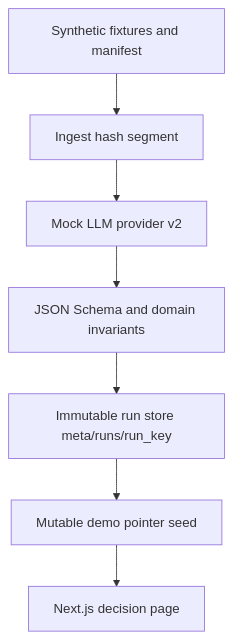
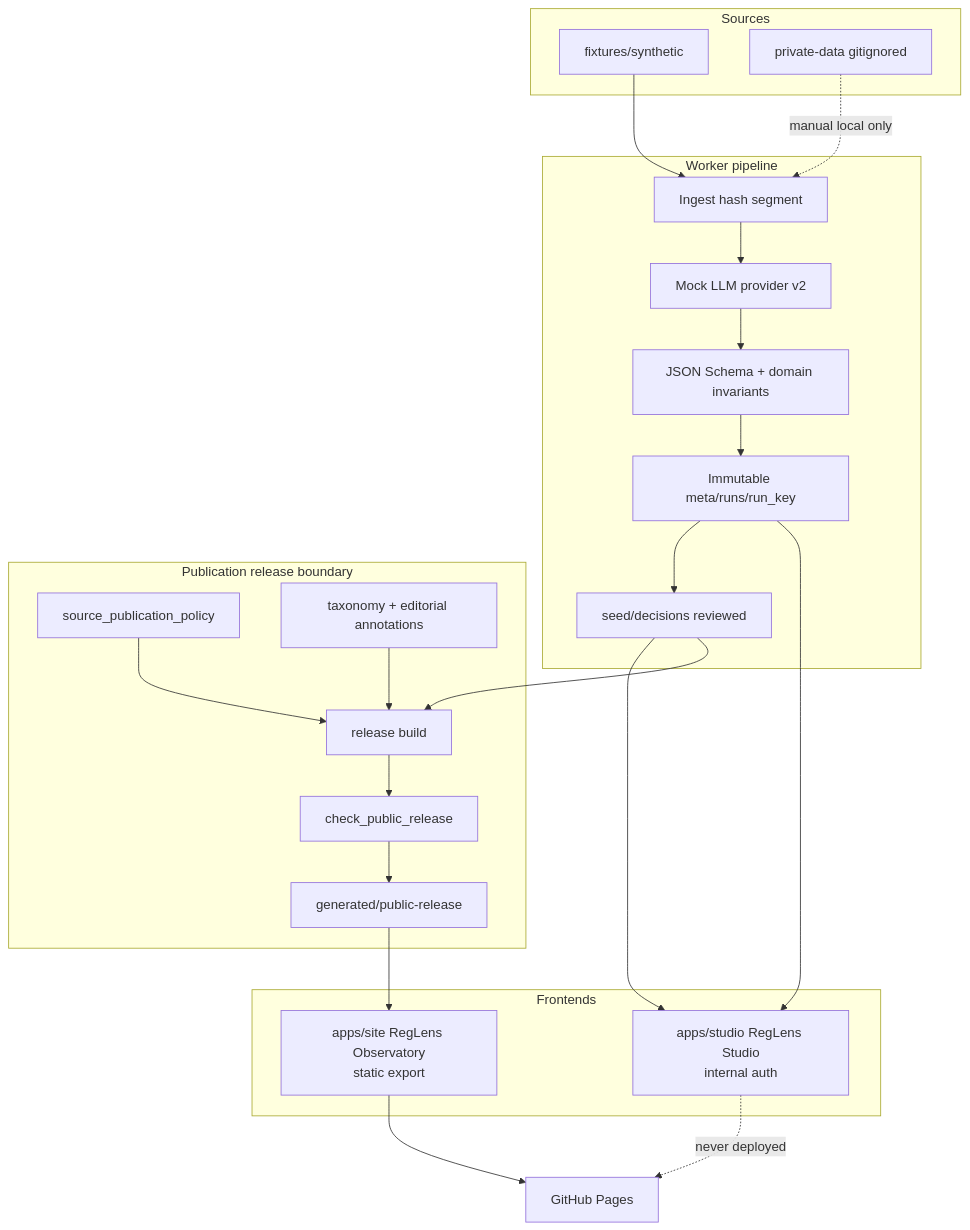
Before and after one commit to bobshenruililin/RegLens_HK: the diagram in docs/ARCHITECTURE.md, drawn with Mermaid. The commit also changed other lines of this file and 100 other files, not shown here.

First line of the commit message:
Implement MVP-RC1 RegLens Observatory

````diff
--- a/docs/ARCHITECTURE.md
+++ b/docs/ARCHITECTURE.md
@@ -3,13 +10,43 @@
 ```mermaid
 flowchart TB
-  Fixtures[Synthetic fixtures and manifest]
-  Ingest[Ingest hash segment]
-  Extract[Mock LLM provider v2]
-  Val[JSON Schema and domain invariants]
-  Runs[Immutable run store meta/runs/run_key]
-  Pointer[Mutable demo pointer seed]
-  Web[Next.js decision page]
+  subgraph sources [Sources]
+    Synth[fixtures/synthetic]
+    Private[private-data gitignored]
+  end
 
-  Fixtures --> Ingest --> Extract --> Val --> Runs
-  Runs --> Pointer --> Web
+  subgraph worker [Worker pipeline]
+    Ingest[Ingest hash segment]
+    Extract[Mock LLM provider v2]
+    Val[JSON Schema + domain invariants]
+    Runs[Immutable meta/runs/run_key]
+    Seed[seed/decisions reviewed]
+  end
+
+  subgraph release [Publication release boundary]
+    Policy[source_publication_policy]
+    Tax[taxonomy + editorial annotations]
+    Build[release build]
+    Scan[check_public_release]
+    Bundle[generated/public-release]
+  end
+
+  subgraph apps [Frontends]
+    Studio[apps/studio RegLens Studio\ninternal auth]
+    Site[apps/site RegLens Observatory\nstatic export]
+  end
+
+  Pages[GitHub Pages]
+
+  Synth --> Ingest
+  Private -.->|manual local only| Ingest
+  Ingest --> Extract --> Val --> Runs --> Seed
+  Seed --> Studio
+  Runs --> Studio
+  Seed --> Build
+  Policy --> Build
+  Tax --> Build
+  Build --> Scan --> Bundle
+  Bundle --> Site
+  Site --> Pages
+  Studio -.->|never deployed| Pages
 ```
````
